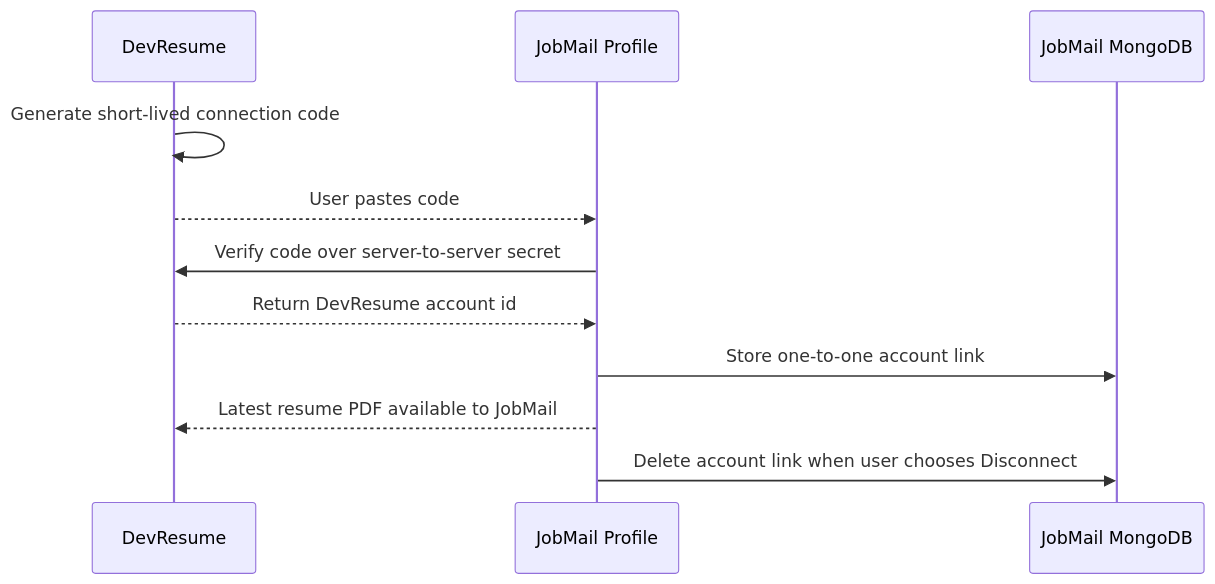
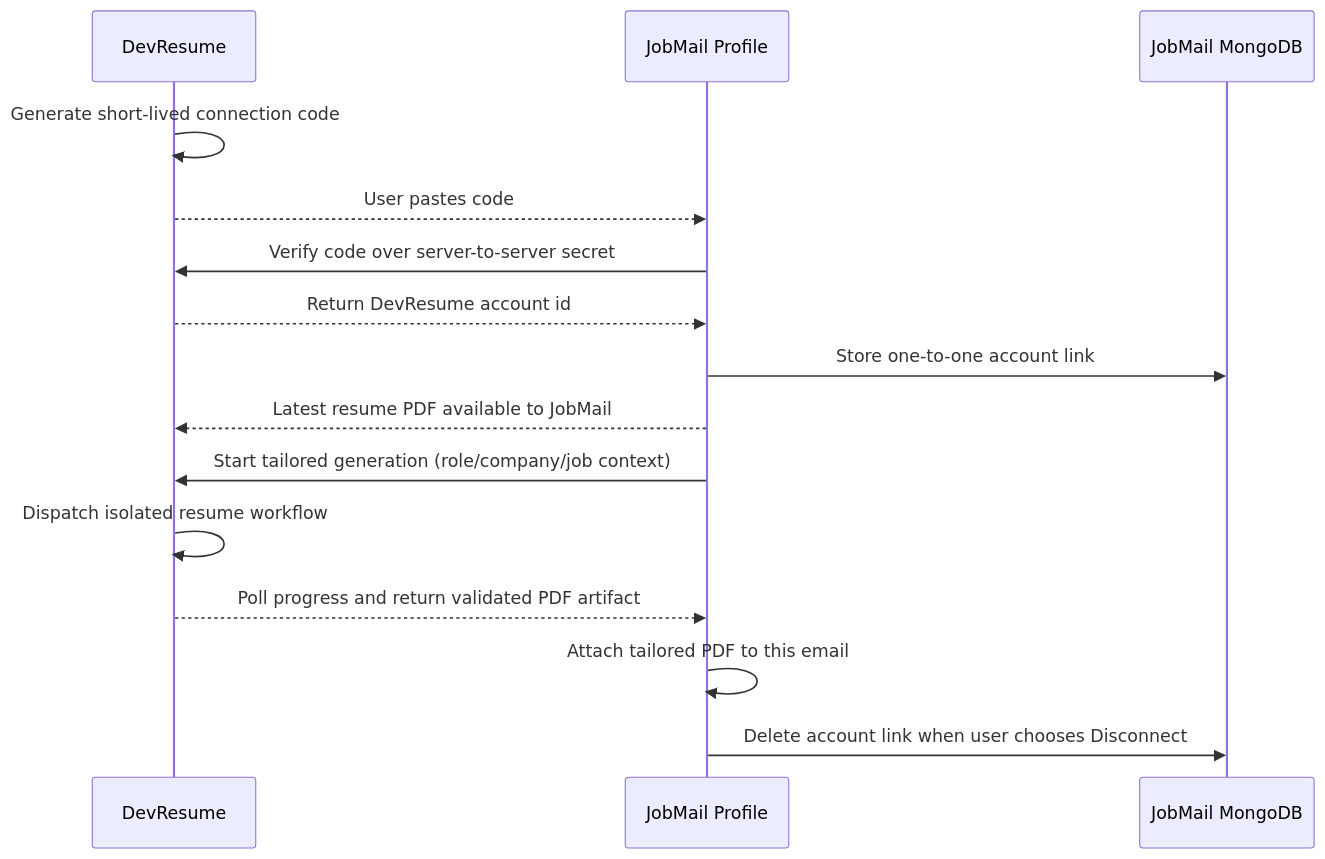
One commit to ChamathDilshanC/Job_Email_Generator---Sender-Gmail-Outlook changed the first of 5 diagrams in README.md. Above: the diagram before and after it, drawn with Mermaid. The commit also changed other lines of this file and 4 other files, not shown here.

First line of the commit message:
docs: document tailored DevResume CV flow

````diff
--- a/README.md
+++ b/README.md
@@ -72,13 +73,17 @@
 ```mermaid
 sequenceDiagram
     participant D as DevResume
     participant J as JobMail Profile
     participant DB as JobMail MongoDB
     D->>D: Generate short-lived connection code
     D-->>J: User pastes code
     J->>D: Verify code over server-to-server secret
     D-->>J: Return DevResume account id
     J->>DB: Store one-to-one account link
     J-->>D: Latest resume PDF available to JobMail
+    J->>D: Start tailored generation (role/company/job context)
+    D->>D: Dispatch isolated resume workflow
+    D-->>J: Poll progress and return validated PDF artifact
+    J->>J: Attach tailored PDF to this email
     J->>DB: Delete account link when user chooses Disconnect
 ```
````
